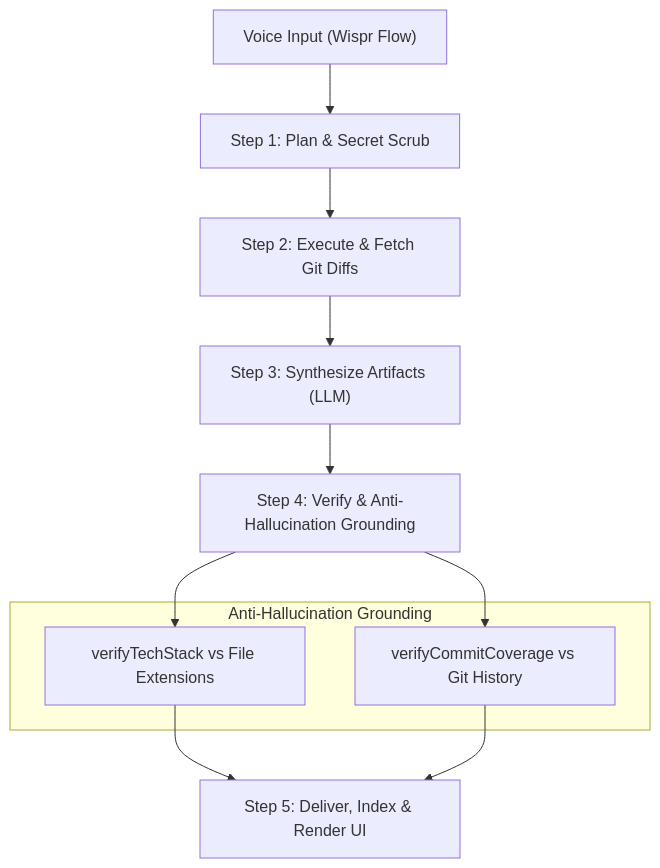
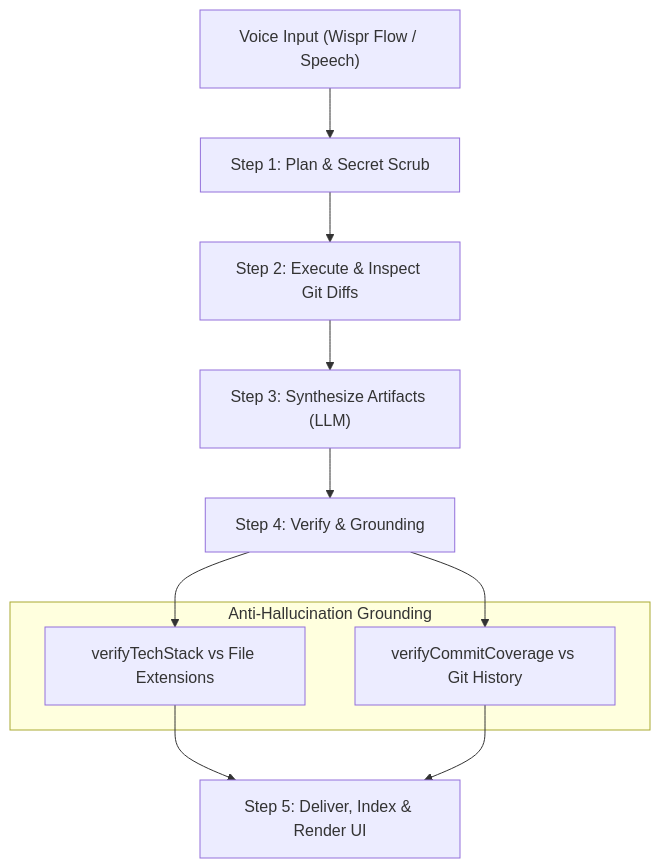
Before and after one commit to Siddhant75/shiplog: the diagram in README.md, drawn with Mermaid. The commit also changed other lines of this file and 3 other files, not shown here.

````diff
--- a/README.md
+++ b/README.md
@@ -79,17 +61,17 @@
 ```mermaid
 flowchart TD
-    A["Voice Input (Wispr Flow)"] --> B["Step 1: Plan & Secret Scrub"]
-    B --> C["Step 2: Execute & Fetch Git Diffs"]
+    A["Voice Input (Wispr Flow / Speech)"] --> B["Step 1: Plan & Secret Scrub"]
+    B --> C["Step 2: Execute & Inspect Git Diffs"]
     C --> D["Step 3: Synthesize Artifacts (LLM)"]
-    D --> E["Step 4: Verify & Anti-Hallucination Grounding"]
+    D --> E["Step 4: Verify & Grounding"]
     
     subgraph AntiHallucination["Anti-Hallucination Grounding"]
       E1["verifyTechStack vs File Extensions"]
       E2["verifyCommitCoverage vs Git History"]
     end
 
     E --> E1
     E --> E2
     E1 --> F["Step 5: Deliver, Index & Render UI"]
     E2 --> F
 ```
````
